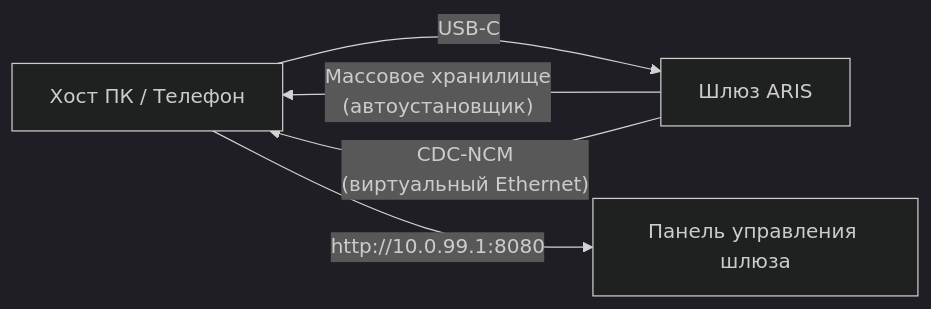
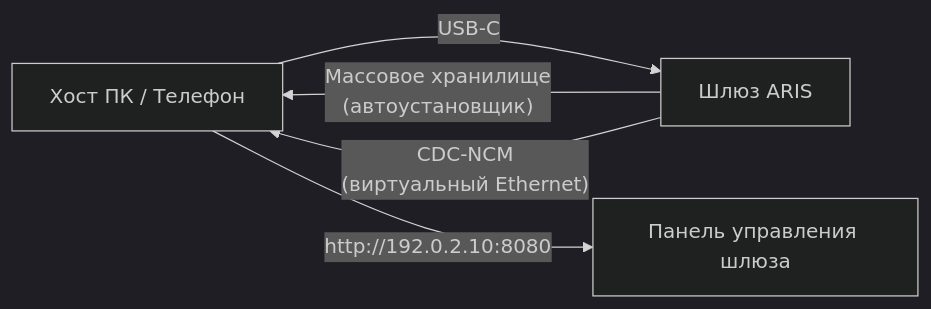
Before and after one commit to celestia-island/aris: the diagram in docs/ru/guides/usb-c-provisioning.md, drawn with Mermaid (dark theme). The commit also changed other lines of this file and 18 other files, not shown here.

````diff
--- a/docs/ru/guides/usb-c-provisioning.md
+++ b/docs/ru/guides/usb-c-provisioning.md
@@ -26,7 +26,7 @@
 ```mermaid
 flowchart LR
     HOST["Хост ПК / Телефон"] -->|"USB-C"| ARIS["Шлюз ARIS"]
     ARIS -->|"Массовое хранилище\n(автоустановщик)"| HOST
     ARIS -->|"CDC-NCM\n(виртуальный Ethernet)"| HOST
-    HOST -->|"http://10.0.99.1:8080"| DASH["Панель управления шлюза"]
+    HOST -->|"http://192.0.2.10:8080"| DASH["Панель управления шлюза"]
 ```
````
